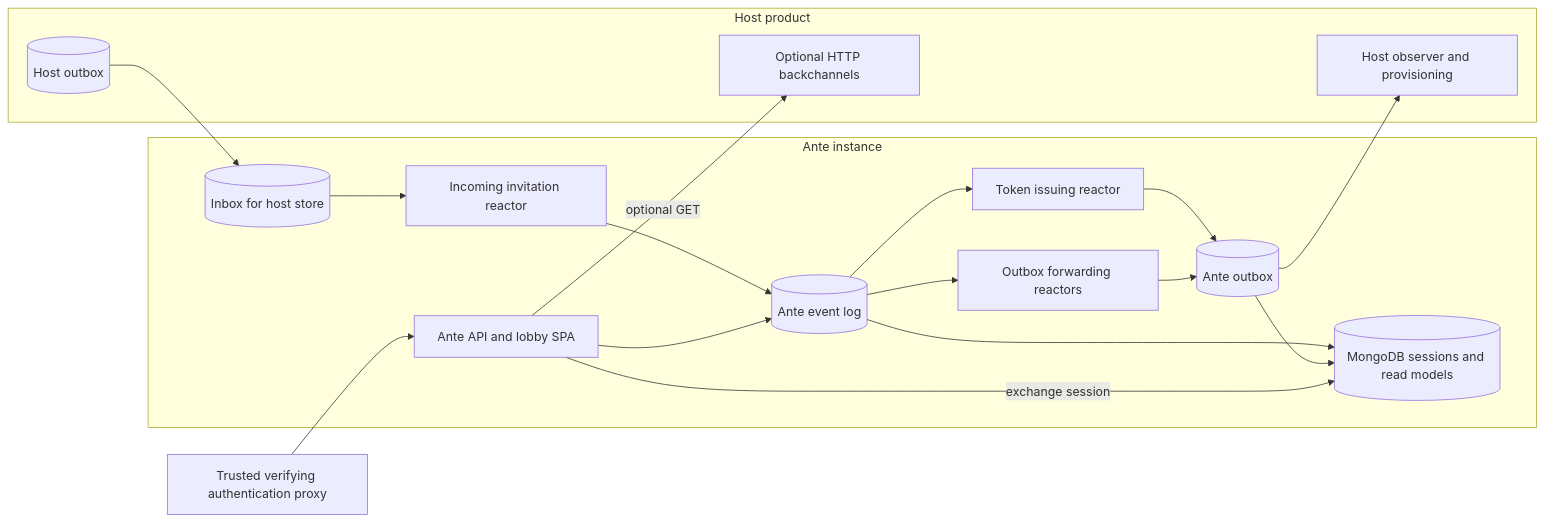
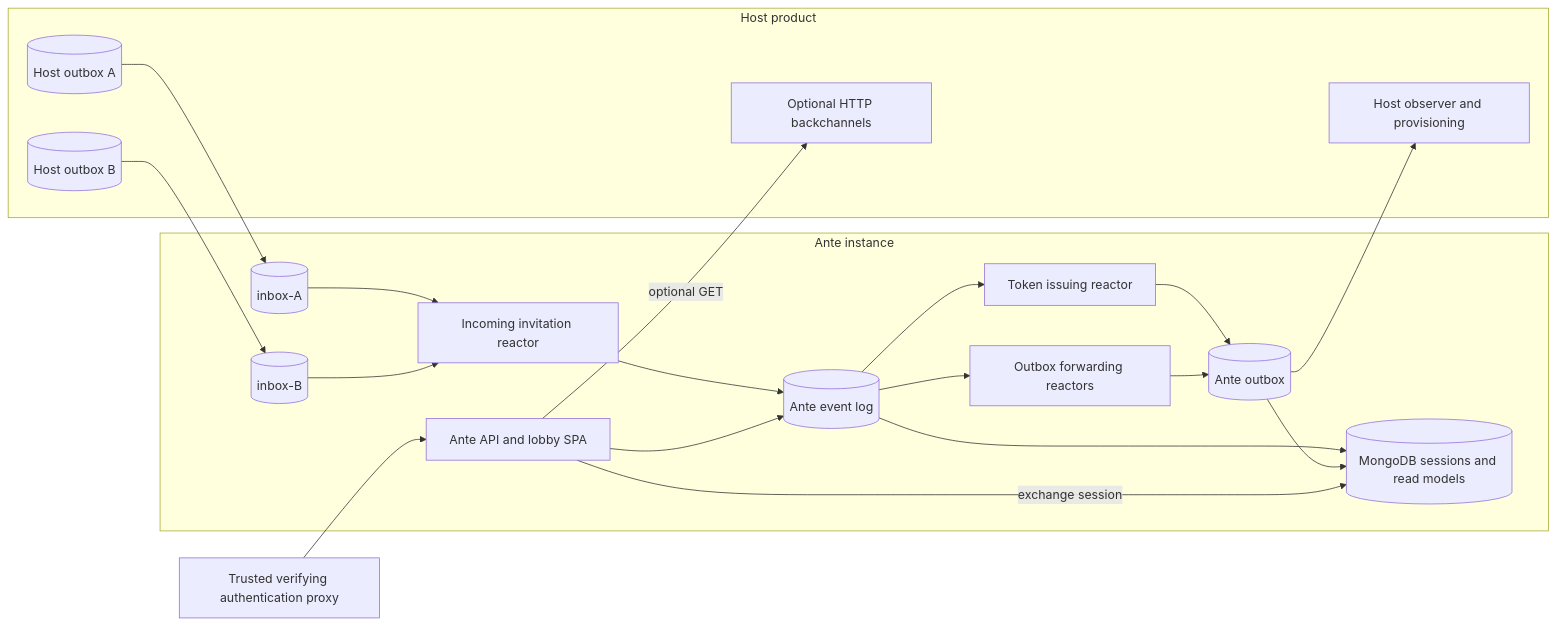
Before and after one commit to Cratis/Ante: the diagram in Documentation/architecture.md, drawn with Mermaid. The commit also changed other lines of this file and 7 other files, not shown here.

````diff
--- a/Documentation/architecture.md
+++ b/Documentation/architecture.md
@@ -8,27 +8,30 @@
 ```mermaid
 flowchart LR
     subgraph Host[Host product]
-        HO[(Host outbox)]
+        HO1[(Host outbox A)]
+        HO2[(Host outbox B)]
         HI[Host observer and provisioning]
         HB[Optional HTTP backchannels]
     end
     subgraph Ante[Ante instance]
-        AI[(Inbox for host store)]
+        AI1[(inbox-A)]
+        AI2[(inbox-B)]
         EL[(Ante event log)]
         AO[(Ante outbox)]
         MG[(MongoDB sessions and read models)]
         API[Ante API and lobby SPA]
         IR[Incoming invitation reactor]
         TR[Token issuing reactor]
         FR[Outbox forwarding reactors]
     end
     PX[Trusted verifying authentication proxy]
-    HO --> AI --> IR --> EL
+    HO1 --> AI1 --> IR --> EL
+    HO2 --> AI2 --> IR
     EL --> TR --> AO --> HI
     API --> EL --> FR --> AO
     EL --> MG
     AO --> MG
     PX --> API
     API -->|exchange session| MG
     API -->|optional GET| HB
 ```
````
